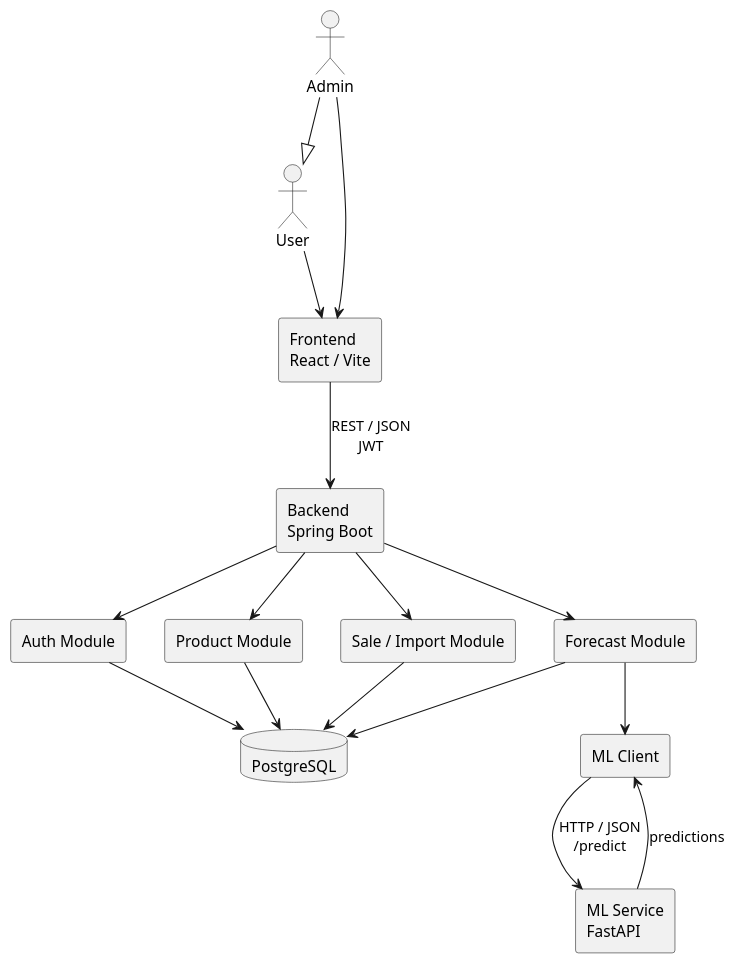
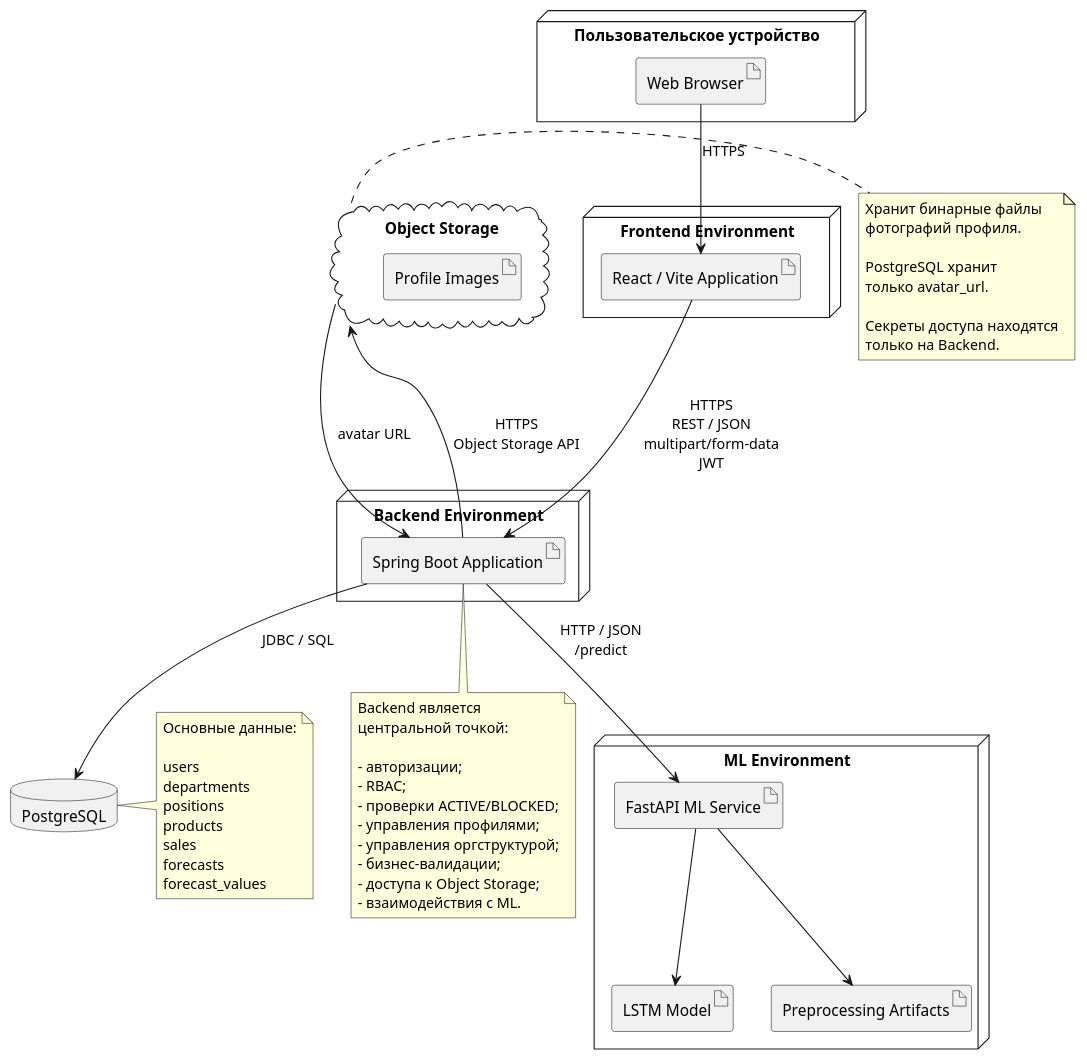
The diagram in docs/diagrams/architecture/component.puml (Kon-sys/neural-demand-forecaster), drawn with PlantUML before and after one commit. The commit also changed 68 other files, not shown here.

```diff
--- a/docs/diagrams/architecture/component.puml
+++ b/docs/diagrams/architecture/component.puml
@@ -1,38 +1,78 @@
 @startuml
-skinparam componentStyle rectangle
 
-actor User
-actor Admin
+node "Пользовательское устройство" {
+    artifact "Web Browser" as Browser
+}
 
-component "Frontend\nReact / Vite" as Frontend
-component "Backend\nSpring Boot" as Backend
-component "Auth Module" as Auth
-component "Product Module" as Product
-component "Sale / Import Module" as Sale
-component "Forecast Module" as Forecast
-component "ML Client" as MlClient
-component "ML Service\nFastAPI" as ML
+node "Frontend Environment" {
+    artifact "React / Vite Application" as Frontend
+}
+
+node "Backend Environment" {
+    artifact "Spring Boot Application" as Backend
+}
+
 database "PostgreSQL" as DB
 
-Admin --|> User
+cloud "Object Storage" as ObjectStorage {
+    artifact "Profile Images" as ProfileImages
+}
 
-User --> Frontend
-Admin --> Frontend
+node "ML Environment" {
+    artifact "FastAPI ML Service" as ML
+    artifact "LSTM Model" as Model
+    artifact "Preprocessing Artifacts" as Preprocessing
+}
 
-Frontend --> Backend : REST / JSON\nJWT
+Browser --> Frontend : HTTPS
 
-Backend --> Auth
-Backend --> Product
-Backend --> Sale
-Backend --> Forecast
+Frontend --> Backend : HTTPS\nREST / JSON\nmultipart/form-data\nJWT
 
-Auth --> DB
-Product --> DB
-Sale --> DB
-Forecast --> DB
+Backend --> DB : JDBC / SQL
 
-Forecast --> MlClient
-MlClient --> ML : HTTP / JSON\n/predict
-ML --> MlClient : predictions
+Backend --> ObjectStorage : HTTPS\nObject Storage API
+ObjectStorage --> Backend : avatar URL
+
+Backend --> ML : HTTP / JSON\n/predict
+
+ML --> Model
+ML --> Preprocessing
+
+note right of ObjectStorage
+Хранит бинарные файлы
+фотографий профиля.
+
+PostgreSQL хранит
+только avatar_url.
+
+Секреты доступа находятся
+только на Backend.
+end note
+
+note right of DB
+Основные данные:
+
+users
+departments
+positions
+products
+sales
+forecasts
+forecast_values
+end note
+
+note bottom of Backend
+Backend является
+центральной точкой:
+
+- авторизации;
+- RBAC;
+- проверки ACTIVE/BLOCKED;
+- управления профилями;
+- управления оргструктурой;
+- бизнес-валидации;
+- доступа к Object Storage;
+- взаимодействия с ML.
+end note
 
 @enduml
```
